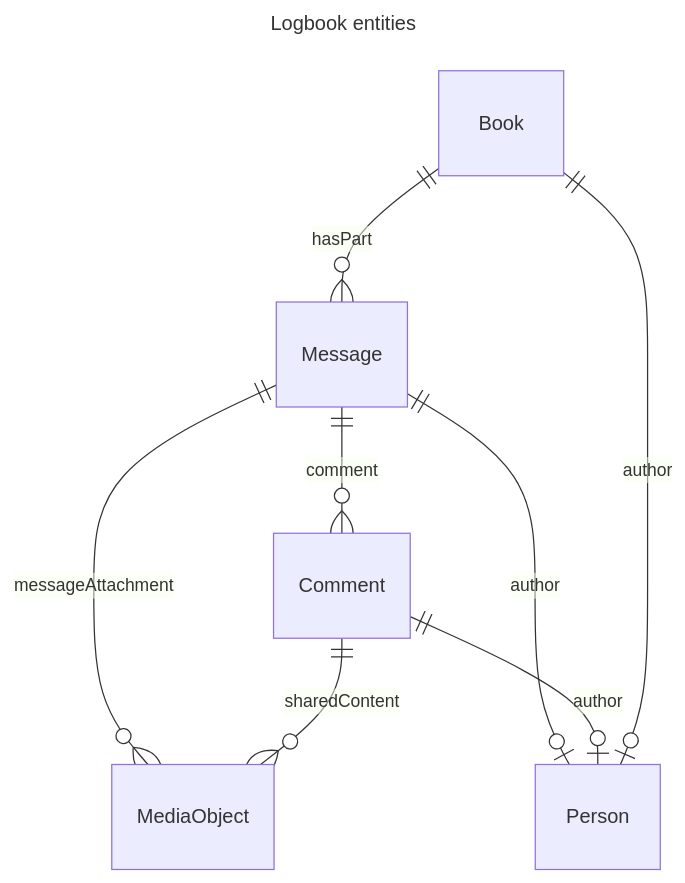
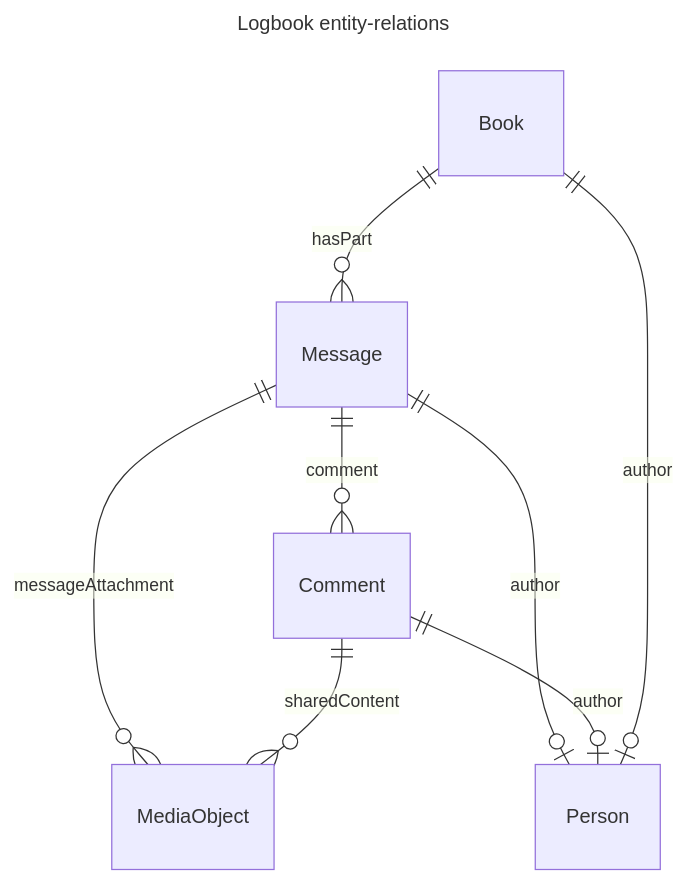
Before and after one commit to paulscherrerinstitute/scilog: the diagram in docs/ELN_Export.md, drawn with Mermaid. The commit also changed other lines of this file, not shown here.

First line of the commit message:
Add entity-relations diagram for logbook

````diff
--- a/docs/ELN_Export.md
+++ b/docs/ELN_Export.md
@@ -63,13 +32,13 @@
 ```mermaid
 ---
-title: Logbook entities
+title: Logbook entity-relations
 ---
 erDiagram
     Book ||--o{ Message : hasPart
     Message ||--o{ Comment : comment
     Message ||--o{ MediaObject : messageAttachment
     Comment ||--o{ MediaObject : sharedContent
     Message ||--o| Person : author
     Comment ||--o| Person : author
     Book ||--o| Person : author
 ```
````
